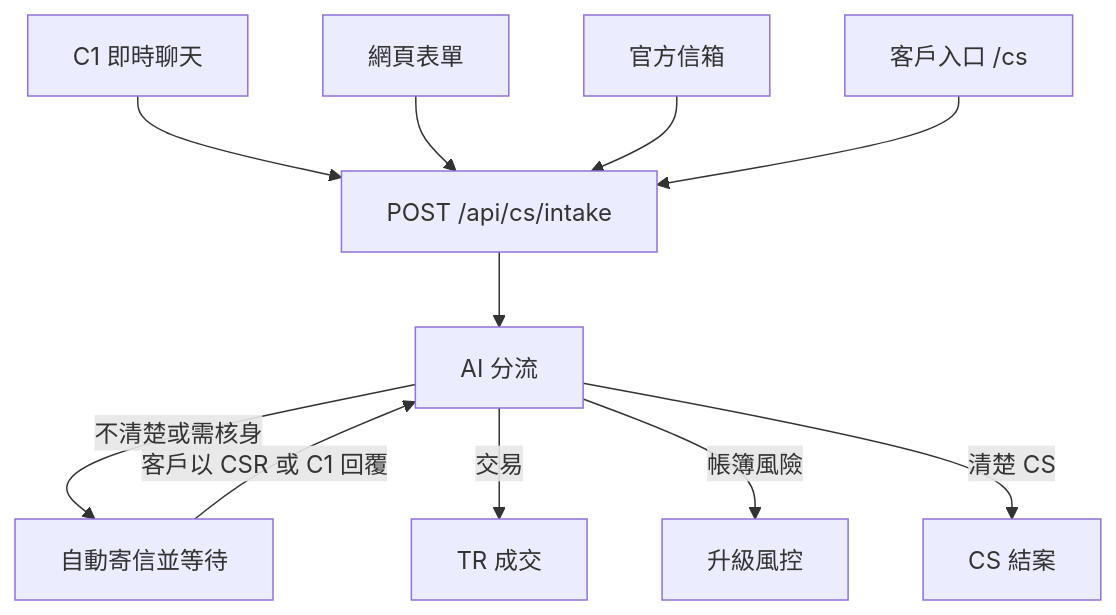
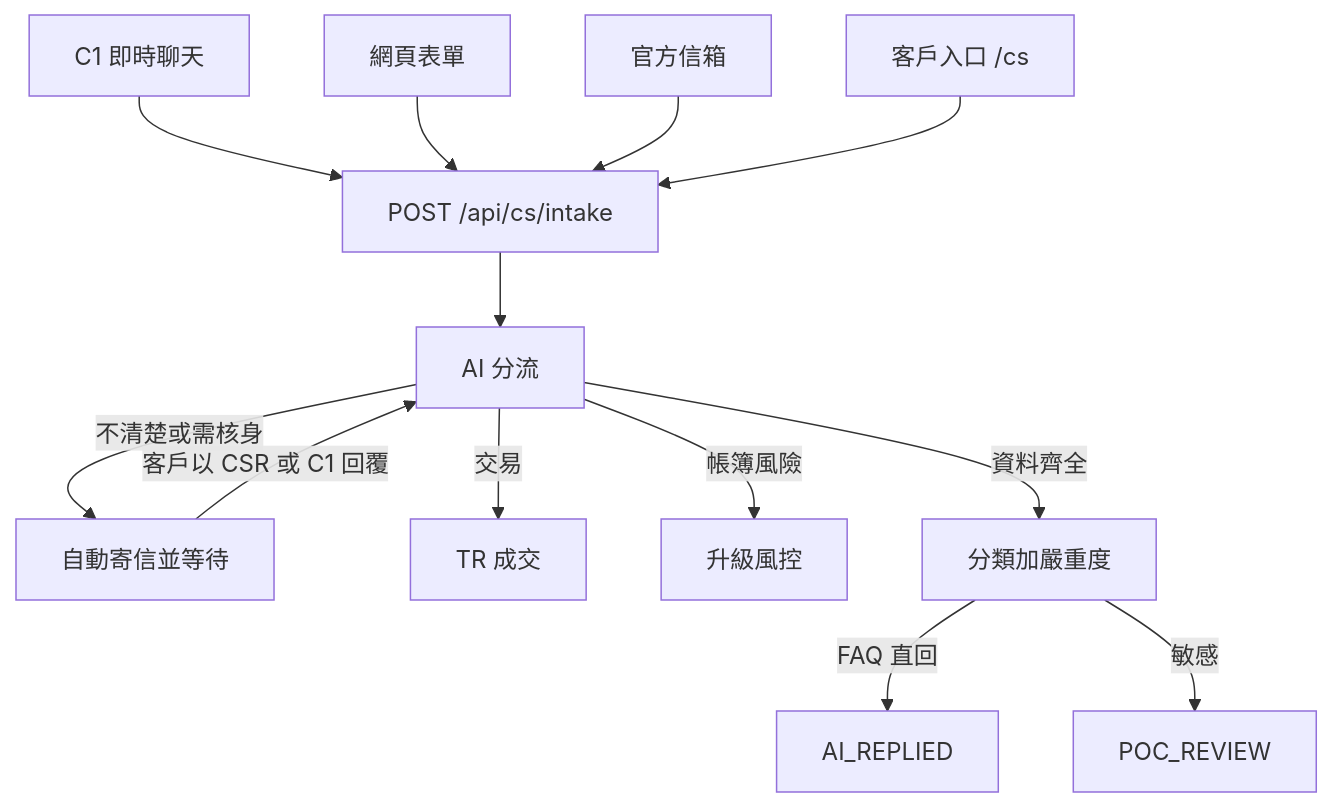
One commit to hxyan2020/PRD changed diagram 12 of 15 in platform/docs/USER_GUIDE.zh-Hant.md. Above: the diagram before and after it, drawn with Mermaid. The commit also changed other lines of this file and 39 other files, not shown here.

First line of the commit message:
Add CS/TR categorize, severity, AI solution and POC review after collected facts.

````diff
--- a/platform/docs/USER_GUIDE.zh-Hant.md
+++ b/platform/docs/USER_GUIDE.zh-Hant.md
@@ -656,13 +661,15 @@
 ```mermaid
 graph TD
   C1[C1 即時聊天] --> Intake[POST /api/cs/intake]
   Form[網頁表單] --> Intake
   Mail[官方信箱] --> Intake
   Portal[客戶入口 /cs] --> Intake
   Intake --> AI[AI 分流]
   AI -->|不清楚或需核身| Wait[自動寄信並等待]
   Wait -->|客戶以 CSR 或 C1 回覆| AI
   AI -->|交易| TR[TR 成交]
   AI -->|帳簿風險| Risk[升級風控]
-  AI -->|清楚 CS| Done[CS 結案]
+  AI -->|資料齊全| Analyze[分類加嚴重度]
+  Analyze -->|FAQ 直回| Replied[AI_REPLIED]
+  Analyze -->|敏感| Poc[POC_REVIEW]
 ```
````
